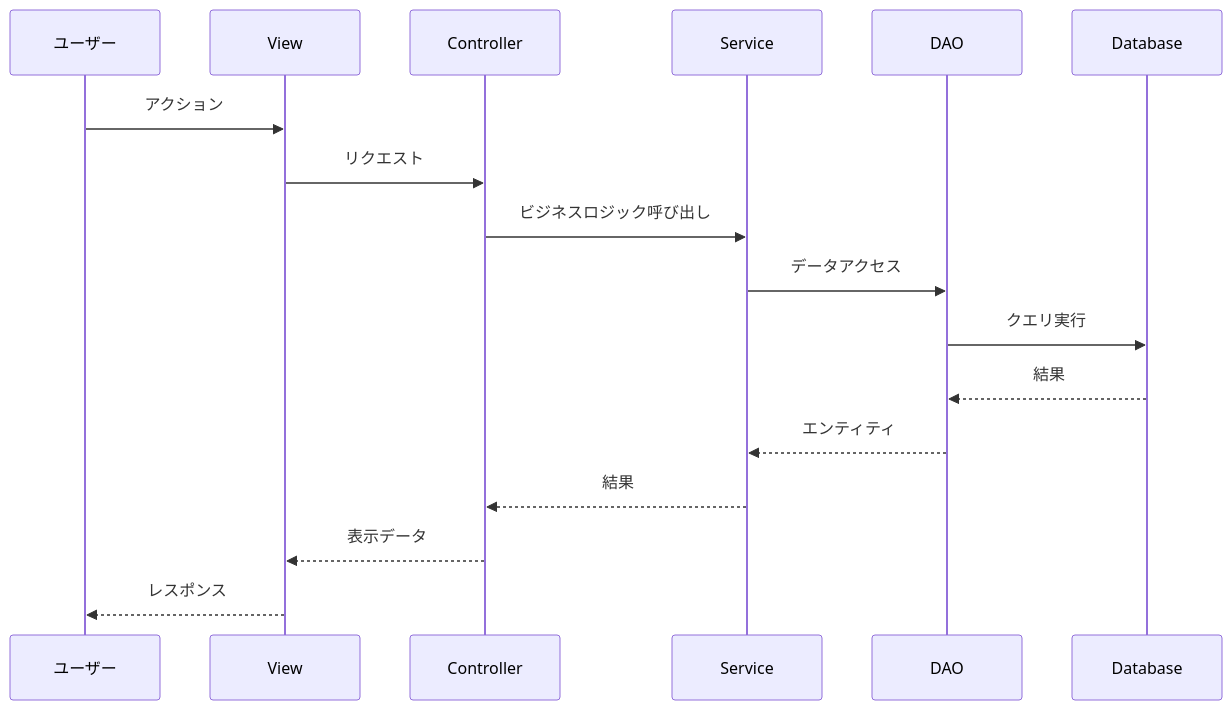
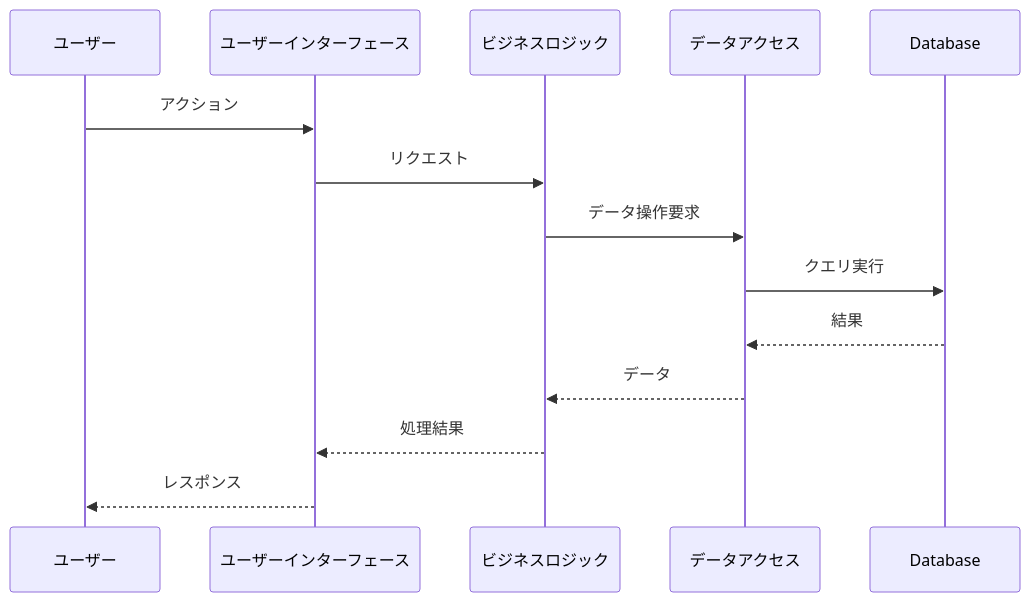
The second of 5 diagrams in agent_skills/jakarta-ee-api-base/templates/functional_design.md (KenyaSaitoh/ai_driven_dev_202601), drawn with Mermaid before and after one commit. The commit also changed other lines of this file and 52 other files, not shown here.

````diff
--- a/agent_skills/jakarta-ee-api-base/templates/functional_design.md
+++ b/agent_skills/jakarta-ee-api-base/templates/functional_design.md
@@ -101,20 +129,17 @@
 ```mermaid
 sequenceDiagram
     participant User as ユーザー
-    participant View as View
-    participant Controller as Controller
-    participant Service as Service
-    participant DAO as DAO
+    participant UI as ユーザーインターフェース
+    participant BizLogic as ビジネスロジック
+    participant DataAccess as データアクセス
     participant DB as Database
     
-    User->>View: アクション
-    View->>Controller: リクエスト
-    Controller->>Service: ビジネスロジック呼び出し
-    Service->>DAO: データアクセス
-    DAO->>DB: クエリ実行
-    DB-->>DAO: 結果
-    DAO-->>Service: エンティティ
-    Service-->>Controller: 結果
-    Controller-->>View: 表示データ
-    View-->>User: レスポンス
+    User->>UI: アクション
+    UI->>BizLogic: リクエスト
+    BizLogic->>DataAccess: データ操作要求
+    DataAccess->>DB: クエリ実行
+    DB-->>DataAccess: 結果
+    DataAccess-->>BizLogic: データ
+    BizLogic-->>UI: 処理結果
+    UI-->>User: レスポンス
 ```
````
